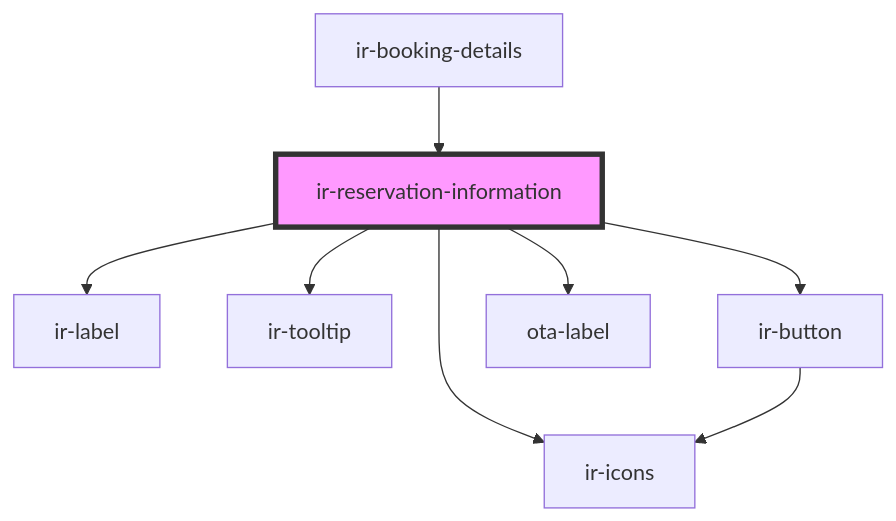
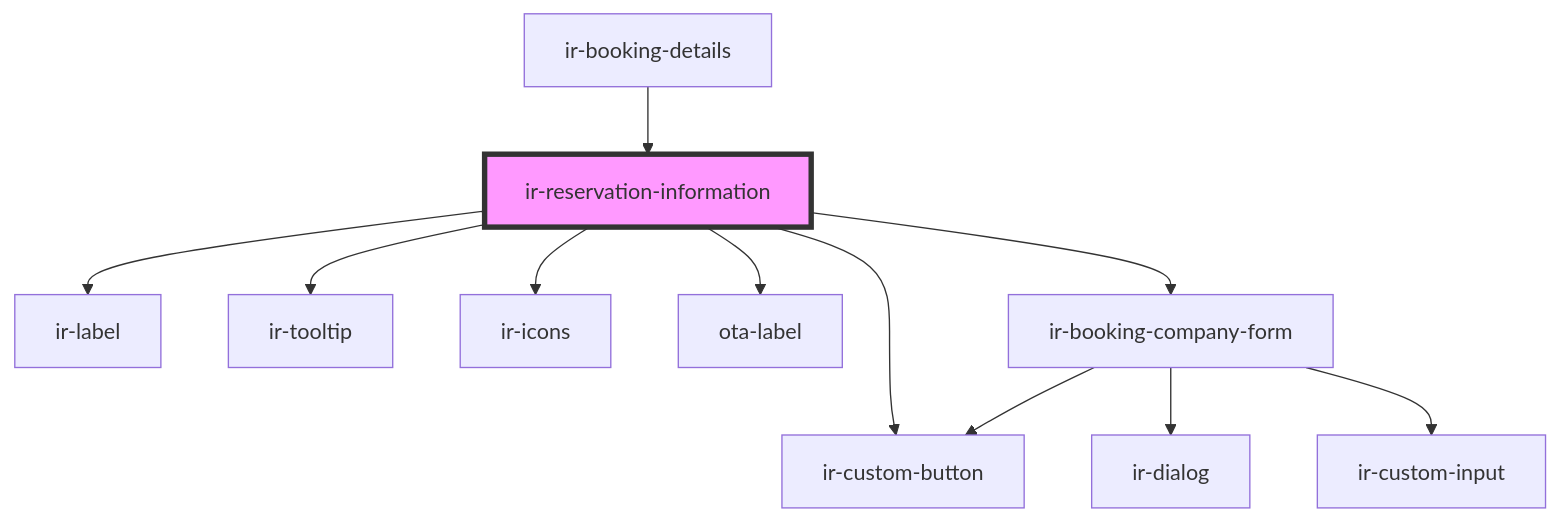
One commit to RonyRizk/ir-webcmp changed the diagram in src/components/ir-booking-details/ir-reservation-information/readme.md. Above: the diagram before and after it, drawn with Mermaid. The commit also changed other lines of this file and 128 other files, not shown here.

````diff
--- a/src/components/ir-booking-details/ir-reservation-information/readme.md
+++ b/src/components/ir-booking-details/ir-reservation-information/readme.md
@@ -38,11 +39,14 @@
 ```mermaid
 graph TD;
   ir-reservation-information --> ir-label
   ir-reservation-information --> ir-tooltip
   ir-reservation-information --> ir-icons
-  ir-reservation-information --> ir-button
+  ir-reservation-information --> ir-custom-button
   ir-reservation-information --> ota-label
-  ir-button --> ir-icons
+  ir-reservation-information --> ir-booking-company-form
+  ir-booking-company-form --> ir-dialog
+  ir-booking-company-form --> ir-custom-input
+  ir-booking-company-form --> ir-custom-button
   ir-booking-details --> ir-reservation-information
   style ir-reservation-information fill:#f9f,stroke:#333,stroke-width:4px
 ```
````
